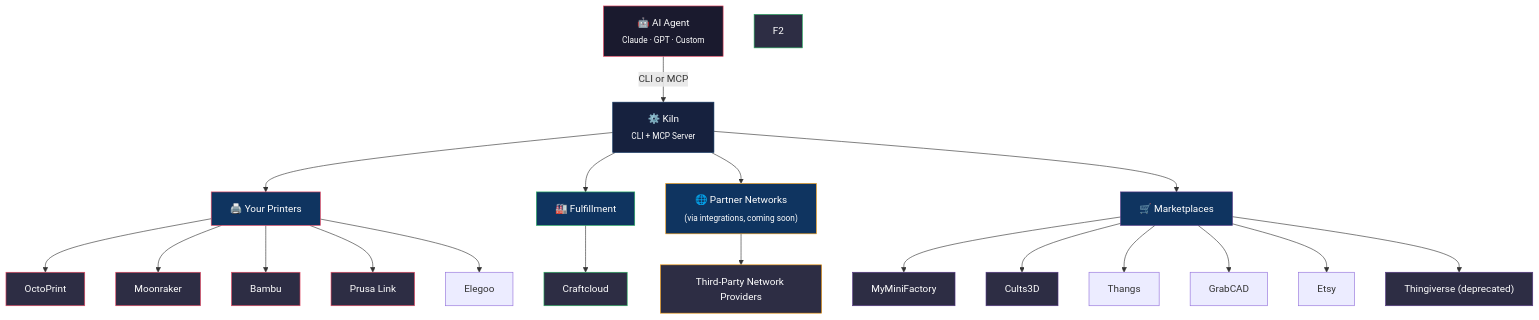
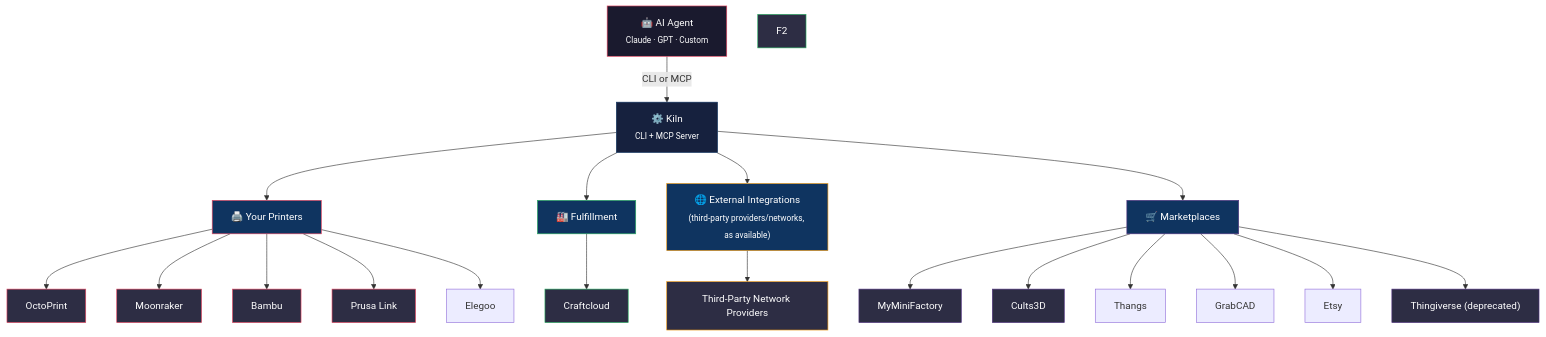
The diagram in README.md (codeofaxel/Kiln), drawn with Mermaid before and after one commit. The commit also changed other lines of this file and 7 other files, not shown here.

````diff
--- a/README.md
+++ b/README.md
@@ -70,44 +70,44 @@
 ```mermaid
 graph TD
     A["🤖 AI Agent<br/><sub>Claude · GPT · Custom</sub>"]
     A -->|"CLI or MCP"| B["⚙️ Kiln<br/><sub>CLI + MCP Server</sub>"]
 
     B --> C["🖨️ Your Printers"]
     B --> F["🏭 Fulfillment"]
-    B --> N["🌐 Partner Networks<br/><sub>(via integrations, coming soon)</sub>"]
+    B --> N["🌐 External Integrations<br/><sub>(third-party providers/networks, as available)</sub>"]
     B --> D["🛒 Marketplaces"]
 
     C --> E1["OctoPrint"]
     C --> E2["Moonraker"]
     C --> E3["Bambu"]
     C --> E4["Prusa Link"]
     C --> E5["Elegoo"]
 
     F --> F1["Craftcloud"]
 
     N --> N1["Third-Party Network Providers"]
 
     D --> I["MyMiniFactory"]
     D --> J["Cults3D"]
     D --> K["Thangs"]
     D --> L["GrabCAD"]
     D --> M["Etsy"]
     D --> H["Thingiverse (deprecated)"]
 
     style A fill:#1a1a2e,stroke:#e94560,color:#fff
     style B fill:#16213e,stroke:#0f3460,color:#fff
     style C fill:#0f3460,stroke:#e94560,color:#fff
     style F fill:#0f3460,stroke:#27ae60,color:#fff
     style N fill:#0f3460,stroke:#f39c12,color:#fff
     style D fill:#0f3460,stroke:#533483,color:#fff
     style E1 fill:#2d2d44,stroke:#e94560,color:#fff
     style E2 fill:#2d2d44,stroke:#e94560,color:#fff
     style E3 fill:#2d2d44,stroke:#e94560,color:#fff
     style E4 fill:#2d2d44,stroke:#e94560,color:#fff
     style F1 fill:#2d2d44,stroke:#27ae60,color:#fff
     style F2 fill:#2d2d44,stroke:#27ae60,color:#fff
     style N1 fill:#2d2d44,stroke:#f39c12,color:#fff
     style H fill:#2d2d44,stroke:#533483,color:#fff
     style I fill:#2d2d44,stroke:#533483,color:#fff
     style J fill:#2d2d44,stroke:#533483,color:#fff
 ```
````
